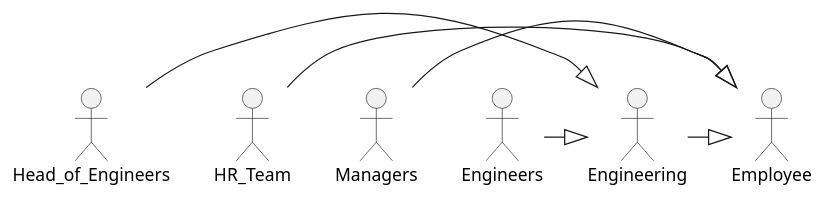
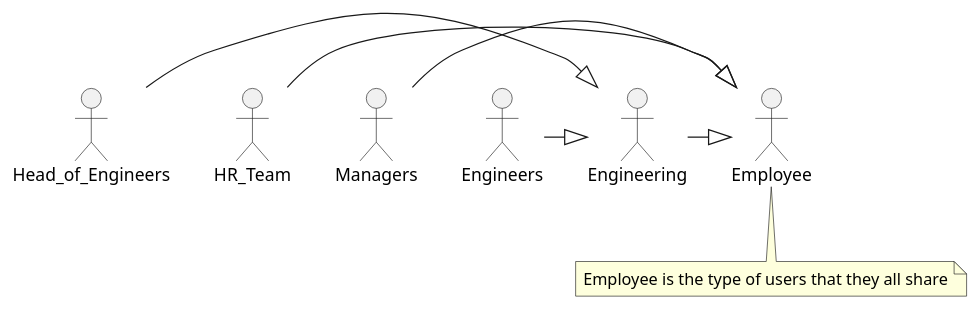
The diagram in contracta/documentation/business-requirements/02-Processes/02-actors(users).md (mhmd28/contracta), drawn with PlantUML before and after one commit. The commit also changed 20 other files, not shown here.

````diff
--- a/contracta/documentation/business-requirements/02-Processes/02-actors(users).md
+++ b/contracta/documentation/business-requirements/02-Processes/02-actors(users).md
@@ -2,15 +2,17 @@
 ```plantuml
 @startuml
 Engineering as eng
 actor Engineers as e
 actor Head_of_Engineers as h
 h -|> eng
 e-|>eng
 
 eng -|> Employee
-
 HR_Team -|> Employee
 
 Managers -|> Employee
+note bottom of Employee
+  Employee is the type of users that they all share
+endnote
 @enduml
 ```
````
